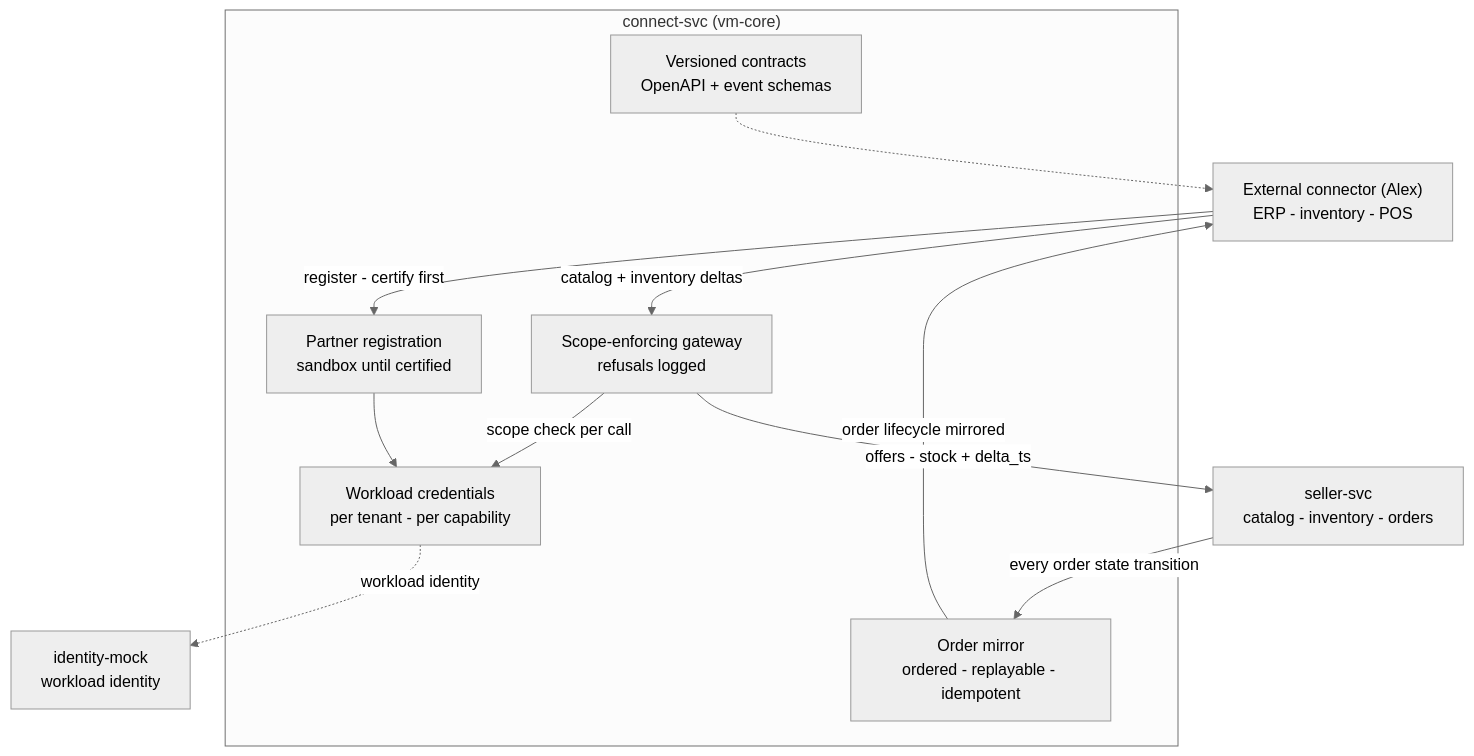
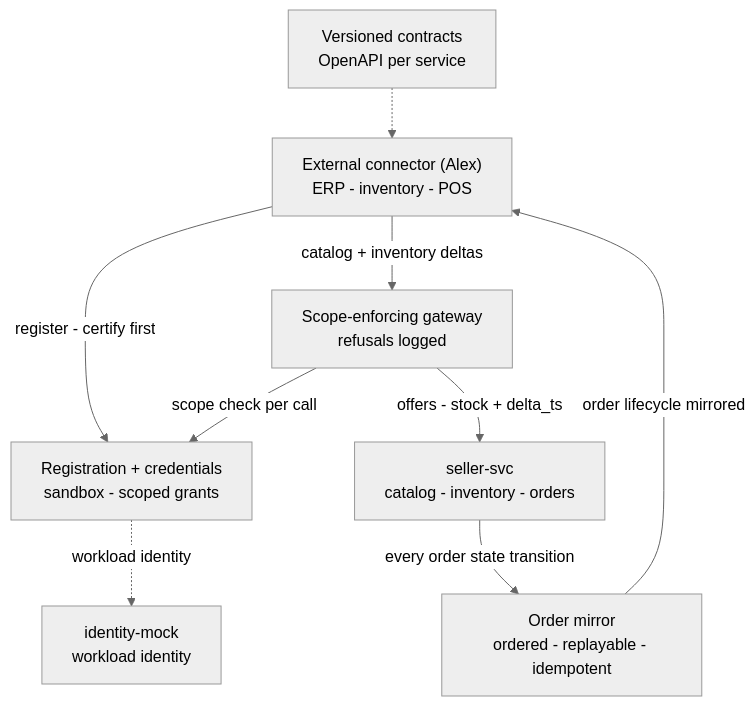
One commit to alius-git/amisad.dev changed the diagram in plan/design/09-connect.md. Above: the diagram before and after it, drawn with Mermaid (neutral theme). The commit also changed other lines of this file and 41 other files, not shown here.

First line of the commit message:
Index the AmisAd design diagrams and keep each within seven boxes

````diff
--- a/plan/design/09-connect.md
+++ b/plan/design/09-connect.md
@@ -7,23 +7,19 @@
 ```mermaid
 flowchart TD
-    subgraph svc["connect-svc (vm-core)"]
-        contracts["Versioned contracts<br/>OpenAPI + event schemas"]
-        sandbox["Partner registration<br/>sandbox until certified"]
-        credentials["Workload credentials<br/>per tenant - per capability"]
-        gateway["Scope-enforcing gateway<br/>refusals logged"]
-        webhooks["Order mirror<br/>ordered - replayable - idempotent"]
-    end
+    contracts["Versioned contracts<br/>OpenAPI per service"]
+    credentials["Registration + credentials<br/>sandbox - scoped grants"]
+    gateway["Scope-enforcing gateway<br/>refusals logged"]
+    webhooks["Order mirror<br/>ordered - replayable - idempotent"]
     partner["External connector (Alex)<br/>ERP - inventory - POS"]
     identity["identity-mock<br/>workload identity"]
     seller["seller-svc<br/>catalog - inventory - orders"]
 
-    partner -->|"register - certify first"| sandbox
-    sandbox --> credentials
+    partner -->|"register - certify first"| credentials
     partner -->|"catalog + inventory deltas"| gateway
     gateway -->|"scope check per call"| credentials
     credentials -.->|"workload identity"| identity
     gateway -->|"offers - stock + delta_ts"| seller
     seller -->|"every order state transition"| webhooks
     webhooks -->|"order lifecycle mirrored"| partner
     contracts -.-> partner
 ```
````
